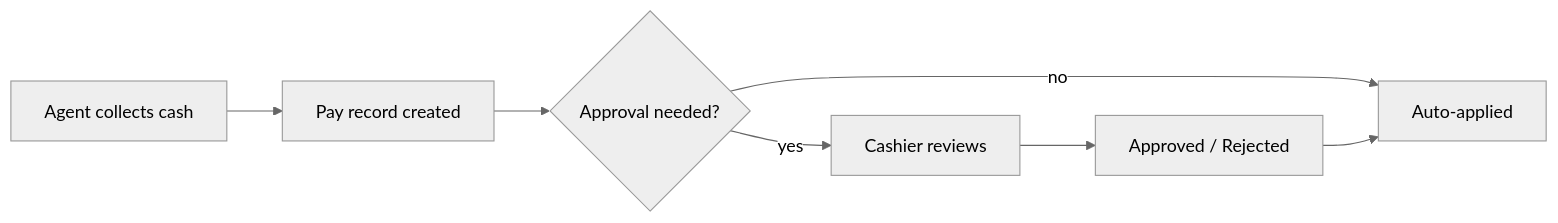
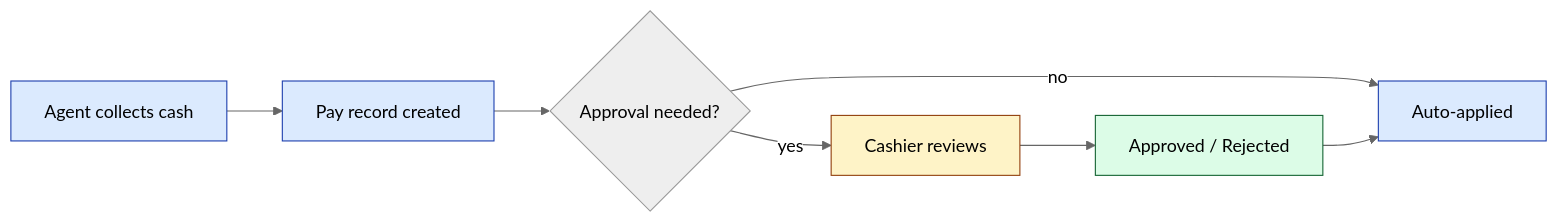
One commit to jamshidtulaganov/sd-doc changed the diagram in docs/modules/payment.md. Above: the diagram before and after it, drawn with Mermaid (neutral theme). The commit also changed other lines of this file and 21 other files, not shown here.

````diff
--- a/docs/modules/payment.md
+++ b/docs/modules/payment.md
@@ -17,9 +33,18 @@
 ```mermaid
 flowchart LR
-  A[Agent collects cash] --> B[Pay record created]
-  B --> C{Approval needed?}
-  C -- yes --> D[Cashier reviews]
-  D --> E[Approved / Rejected]
-  C -- no --> F[Auto-applied]
+  A["Agent collects cash"] --> B["Pay record created"]
+  B --> C{"Approval needed?"}
+  C -- yes --> D["Cashier reviews"]
+  D --> E["Approved / Rejected"]
+  C -- no --> F["Auto-applied"]
   E --> F
+classDef action   fill:#dbeafe,stroke:#1e40af,color:#000
+classDef approval fill:#fef3c7,stroke:#92400e,color:#000
+classDef success  fill:#dcfce7,stroke:#166534,color:#000
+classDef reject   fill:#fee2e2,stroke:#991b1b,color:#000
+classDef external fill:#f3f4f6,stroke:#374151,color:#000
+classDef cron     fill:#ede9fe,stroke:#6d28d9,color:#000
+class A,B,F action
+class D approval
+class E success
 ```
````
